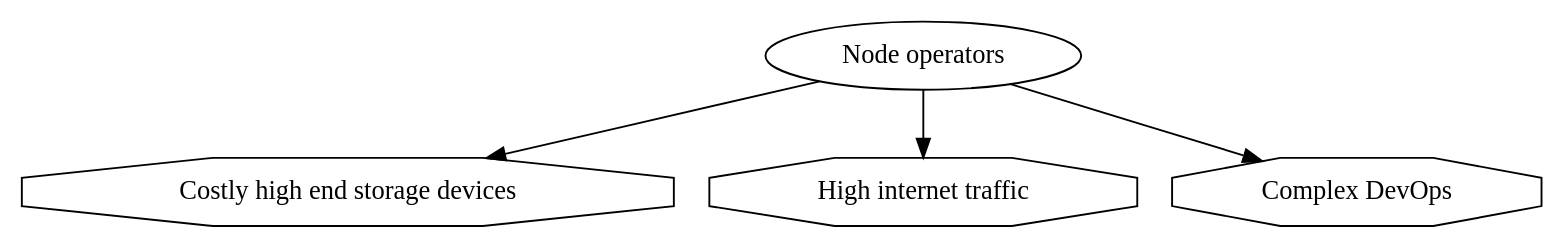
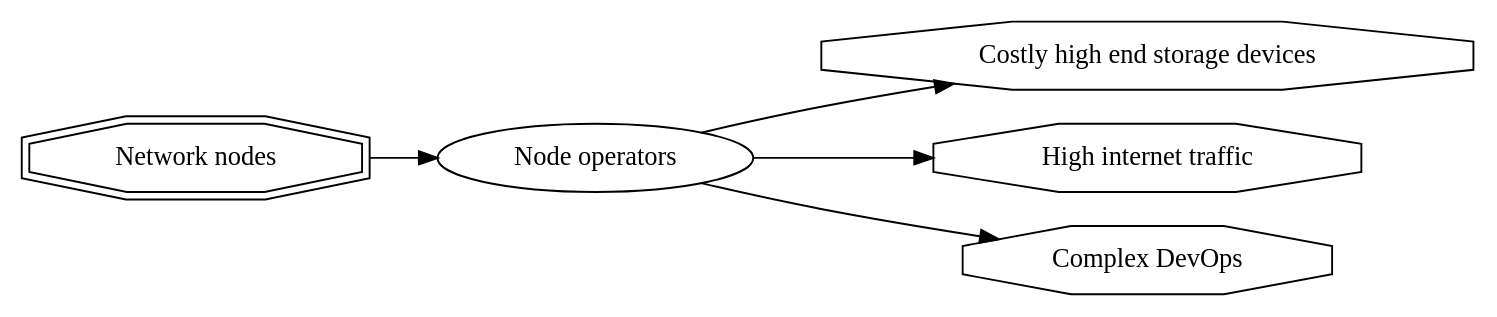
The eighth of 13 diagrams in Ethereum1x_definition.md (ledgerwatch/eth_state), drawn with Graphviz before and after one commit. The commit also changed other lines of this file, not shown here.

````diff
--- a/Ethereum1x_definition.md
+++ b/Ethereum1x_definition.md
@@ -89,11 +98,14 @@
 ```graphviz
 digraph node_ops {
+rankdir=LR;
 node_ops [label="Node operators"];
+nodes [label="Network nodes" shape="doubleoctagon"];
+nodes -> node_ops;
 storage_devices [label="Costly high end storage devices" shape="octagon"];
 traffic [label="High internet traffic" shape="octagon"];
 dev_ops [label="Complex DevOps" shape="octagon"]
 node_ops -> storage_devices;
 node_ops -> traffic;
 node_ops -> dev_ops;
 }
 ```
````
